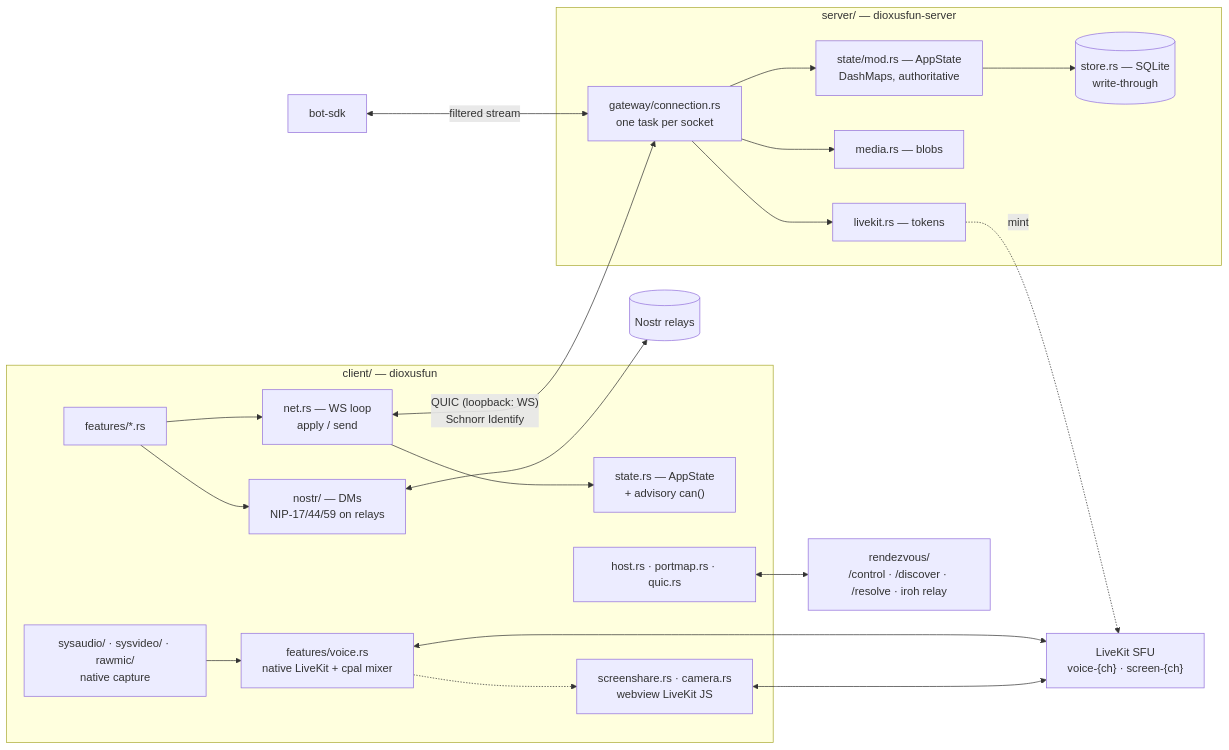
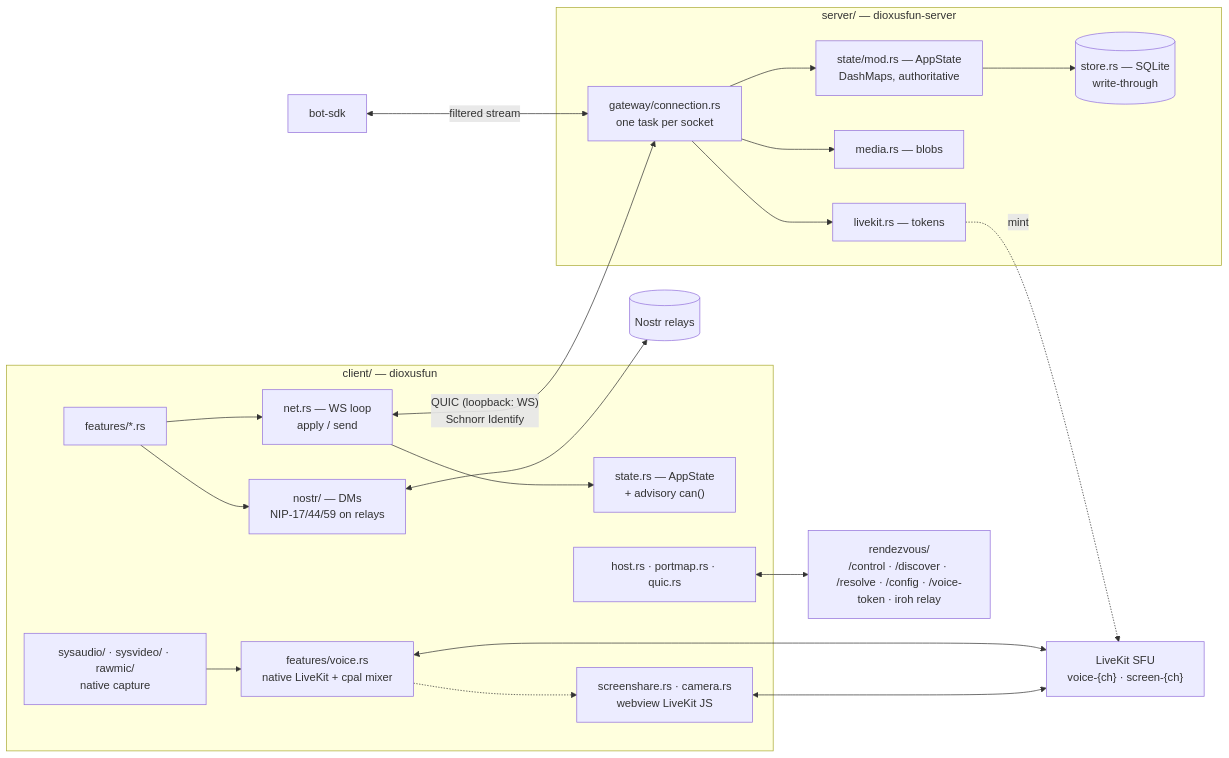
The diagram in docs/MAP.md (ssotomayor/discordia), drawn with Mermaid before and after one commit. The commit also changed other lines of this file and 10 other files, not shown here.

````diff
--- a/docs/MAP.md
+++ b/docs/MAP.md
@@ -78,38 +79,38 @@
 ```mermaid
 flowchart LR
   subgraph C["client/ — dioxusfun"]
     UI["features/*.rs"]
     NET["net.rs — WS loop<br/>apply / send"]
     ST["state.rs — AppState<br/>+ advisory can()"]
     NOSTR["nostr/ — DMs<br/>NIP-17/44/59 on relays"]
     V["features/voice.rs<br/>native LiveKit + cpal mixer"]
     CAP["sysaudio/ · sysvideo/ · rawmic/<br/>native capture"]
     JS["screenshare.rs · camera.rs<br/>webview LiveKit JS"]
     HOST["host.rs · portmap.rs · quic.rs"]
     UI-->NET-->ST
     UI-->NOSTR
     CAP-->V
     V-.->JS
   end
   subgraph S["server/ — dioxusfun-server"]
     GW["gateway/connection.rs<br/>one task per socket"]
     AS["state/mod.rs — AppState<br/>DashMaps, authoritative"]
     DB[("store.rs — SQLite<br/>write-through")]
     MED["media.rs — blobs"]
     LK["livekit.rs — tokens"]
     GW-->AS-->DB
     GW-->MED
     GW-->LK
   end
   SFU["LiveKit SFU<br/>voice-{ch} · screen-{ch}"]
-  RZ["rendezvous/<br/>/control · /discover · /resolve · iroh relay"]
+  RZ["rendezvous/<br/>/control · /discover · /resolve · /config · /voice-token · iroh relay"]
   RELAYS[("Nostr relays")]
   BOT["bot-sdk"]
   NET<-->|"QUIC (loopback: WS)<br/>Schnorr Identify"|GW
   BOT<-->|filtered stream|GW
   V<-->SFU
   JS<-->SFU
   LK-.mint.->SFU
   HOST<-->RZ
   NOSTR<-->RELAYS
 ```
````
